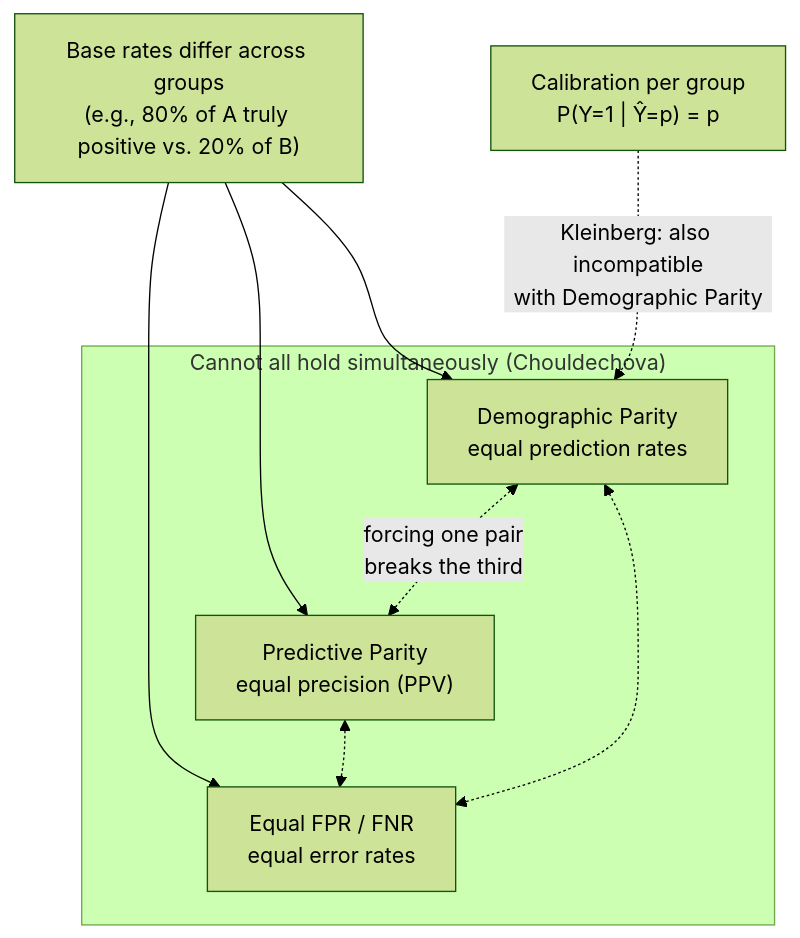
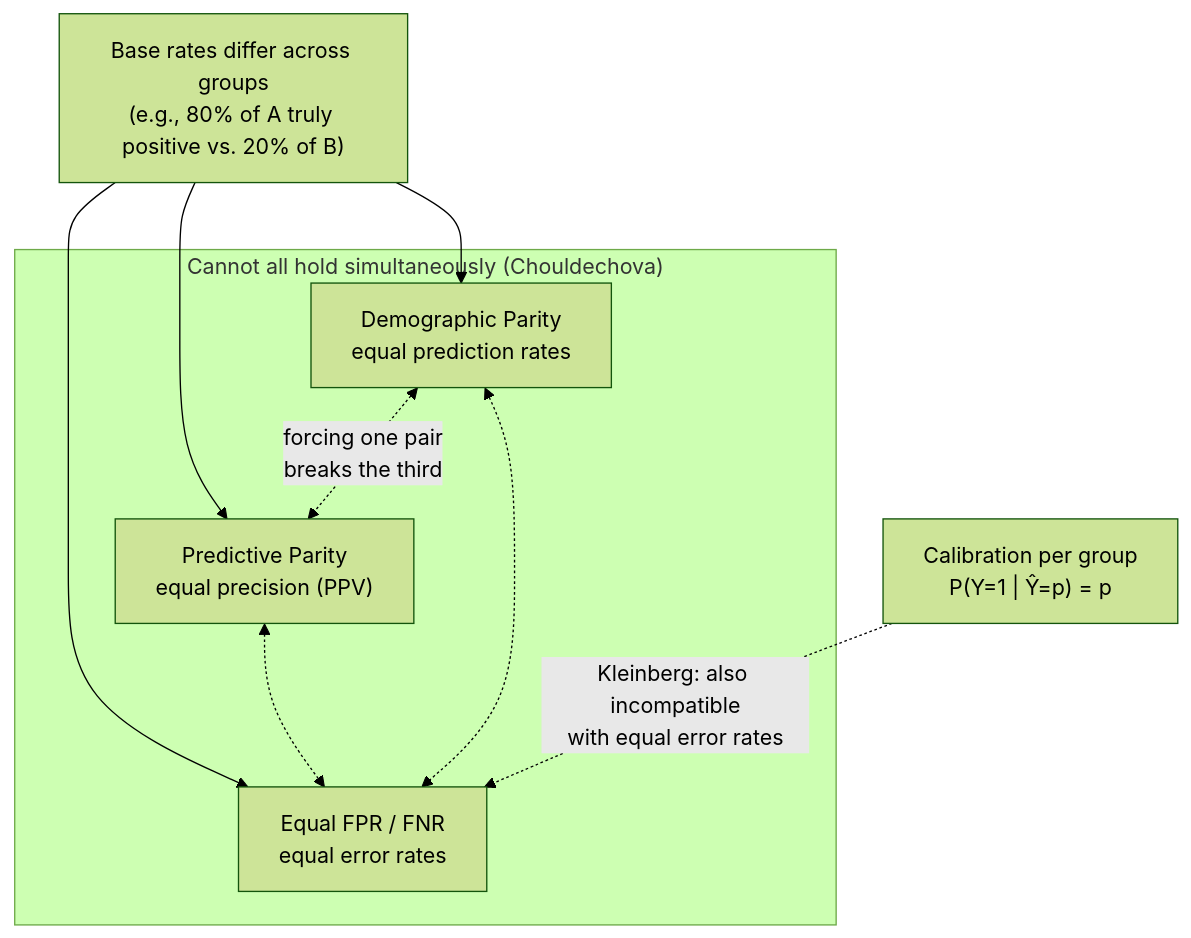
One commit to Abuhamad/comp378_f26 changed the fourth of 5 diagrams in lesson_32/notes.md. Above: the diagram before and after it, drawn with Mermaid (forest theme). The commit also changed other lines of this file, not shown here.

````diff
--- a/lesson_32/notes.md
+++ b/lesson_32/notes.md
@@ -111,19 +111,19 @@
 ```mermaid
 flowchart TB
     BR["Base rates differ across groups<br/>(e.g., 80% of A truly positive vs. 20% of B)"]
     BR --> C1
     BR --> C2
     BR --> C3
 
     subgraph IMPOSSIBLE["Cannot all hold simultaneously (Chouldechova)"]
         C1["Demographic Parity<br/>equal prediction rates"]
         C2["Predictive Parity<br/>equal precision (PPV)"]
         C3["Equal FPR / FNR<br/>equal error rates"]
     end
 
     C1 <-. "forcing one pair<br/>breaks the third" .-> C2
     C2 <-.-> C3
     C1 <-.-> C3
 
-    CAL["Calibration per group<br/>P(Y=1 | Ŷ=p) = p"] -. "Kleinberg: also incompatible<br/>with Demographic Parity" .-> C1
+    CAL["Calibration per group<br/>P(Y=1 | Ŷ=p) = p"] -. "Kleinberg: also incompatible<br/>with equal error rates" .-> C3
 ```
````
